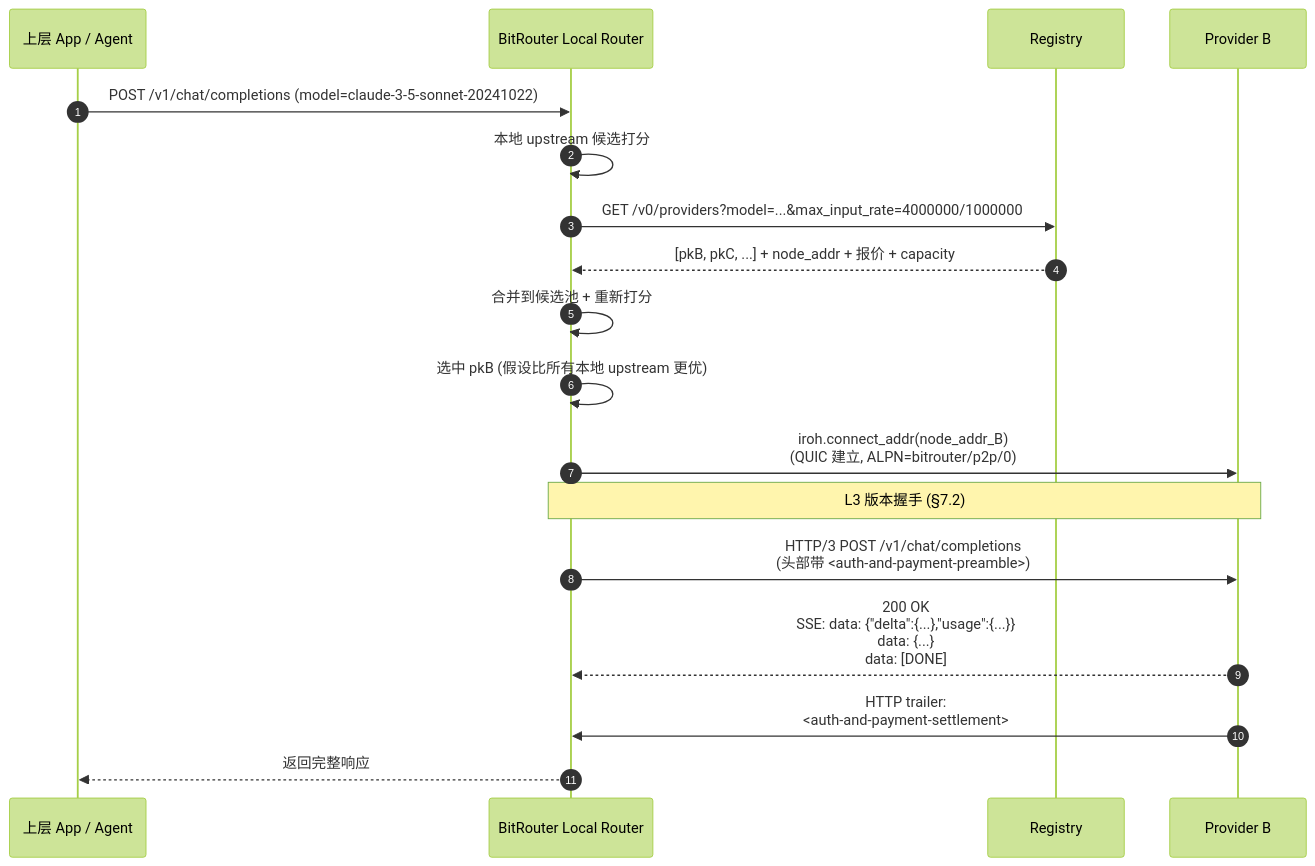
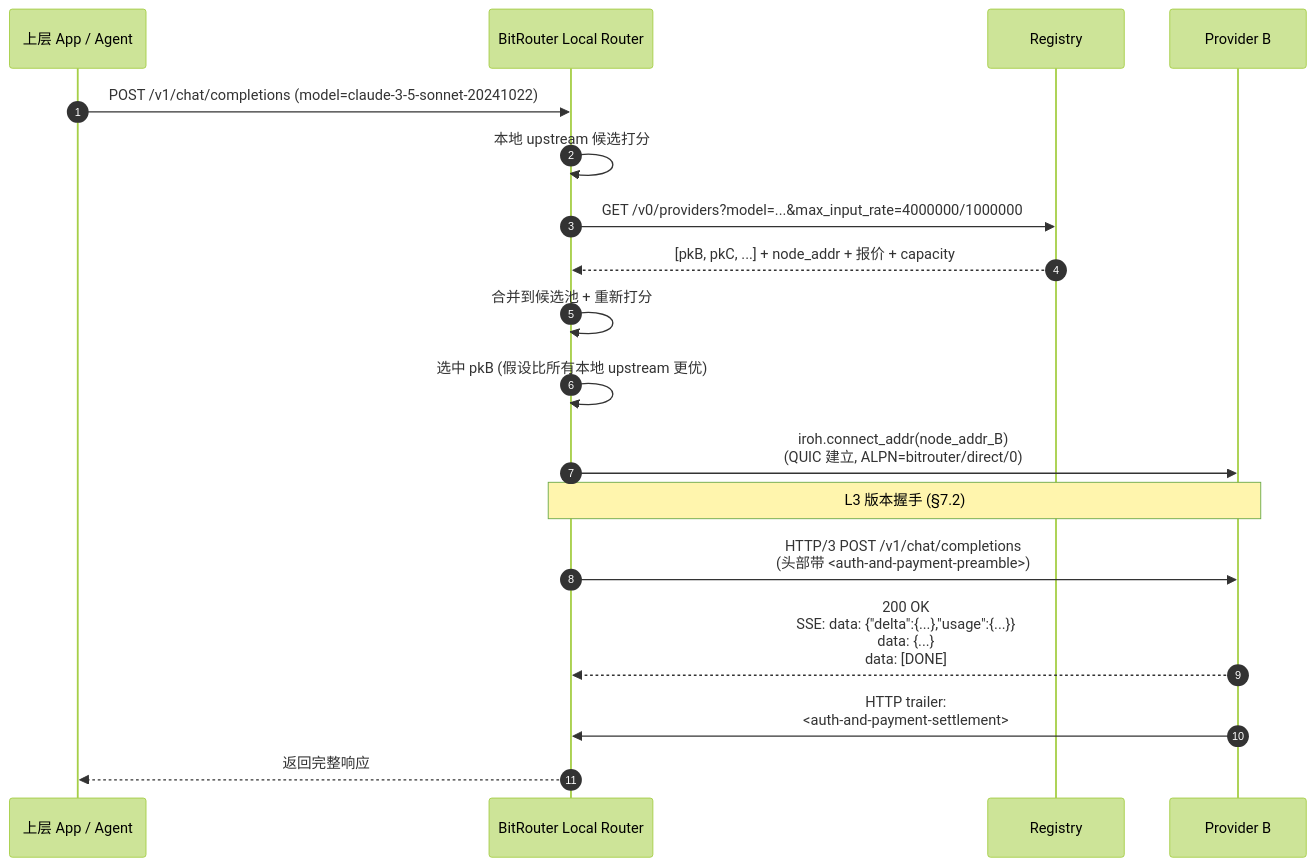
One commit to bitrouter/bitrouter changed the fifth of 7 diagrams in specs/p2p/003-l3-design.md. Above: the diagram before and after it, drawn with Mermaid (forest theme). The commit also changed other lines of this file and 18 other files, not shown here.

````diff
--- a/specs/p2p/003-l3-design.md
+++ b/specs/p2p/003-l3-design.md
@@ -316,20 +323,20 @@
 ```mermaid
 sequenceDiagram
     autonumber
     participant App as 上层 App / Agent
     participant LR as BitRouter Local Router
     participant Reg as Registry
     participant Prov as Provider B
     App->>LR: POST /v1/chat/completions (model=claude-3-5-sonnet-20241022)
     LR->>LR: 本地 upstream 候选打分
     LR->>Reg: GET /v0/providers?model=...&max_input_rate=4000000/1000000
     Reg-->>LR: [pkB, pkC, ...] + node_addr + 报价 + capacity
     LR->>LR: 合并到候选池 + 重新打分
     LR->>LR: 选中 pkB (假设比所有本地 upstream 更优)
-    LR->>Prov: iroh.connect_addr(node_addr_B)<br/>(QUIC 建立, ALPN=bitrouter/p2p/0)
+    LR->>Prov: iroh.connect_addr(node_addr_B)<br/>(QUIC 建立, ALPN=bitrouter/direct/0)
     Note over LR,Prov: L3 版本握手 (§7.2)
     LR->>Prov: HTTP/3 POST /v1/chat/completions<br/>(头部带 <auth-and-payment-preamble>)
     Prov-->>LR: 200 OK<br/>SSE: data: {"delta":{...},"usage":{...}}<br/>data: {...}<br/>data: [DONE]
     Prov->>LR: HTTP trailer:<br/><auth-and-payment-settlement>
     LR-->>App: 返回完整响应
 ```
````
